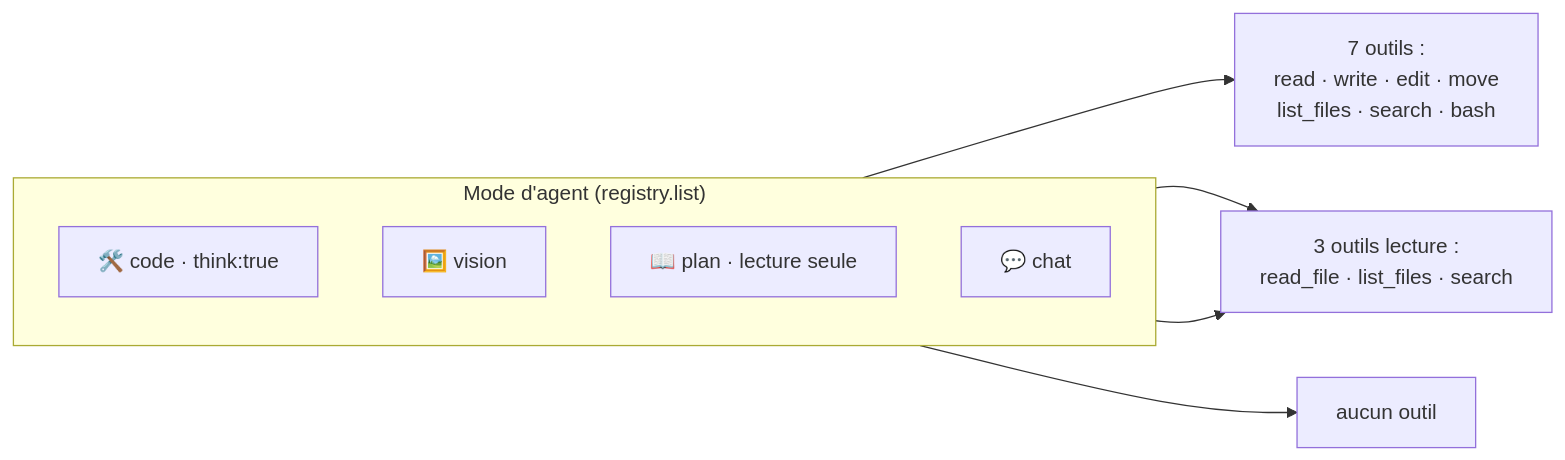
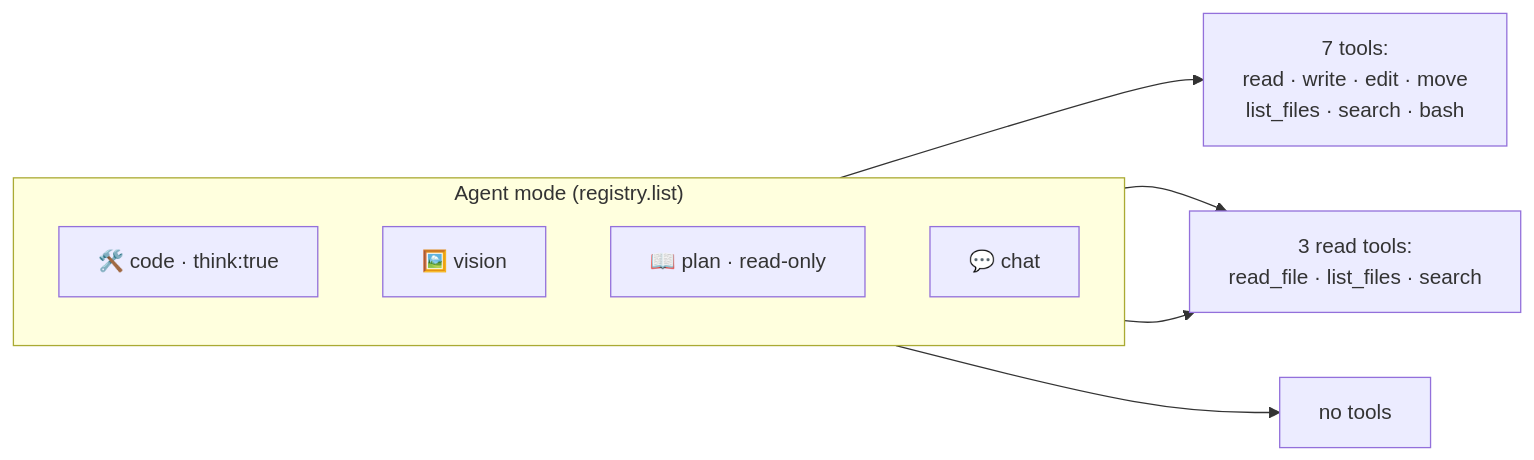
The eighth of 10 diagrams in DOCUMENTATION.md (Tromset/Ollama-Code), drawn with Mermaid before and after one commit. The commit also changed other lines of this file and 19 other files, not shown here.

````diff
--- a/DOCUMENTATION.md
+++ b/DOCUMENTATION.md
@@ -440,19 +440,19 @@
 ```mermaid
 flowchart LR
-    subgraph M["Mode d'agent (registry.list)"]
+    subgraph M["Agent mode (registry.list)"]
         direction TB
         Code["🛠️ code · think:true"]
         Vision["🖼️ vision"]
-        Plan["📖 plan · lecture seule"]
+        Plan["📖 plan · read-only"]
         Chat["💬 chat"]
     end
 
-    T7["7 outils :<br/>read · write · edit · move<br/>list_files · search · bash"]
-    RO["3 outils lecture :<br/>read_file · list_files · search"]
-    NONE["aucun outil"]
+    T7["7 tools:<br/>read · write · edit · move<br/>list_files · search · bash"]
+    RO["3 read tools:<br/>read_file · list_files · search"]
+    NONE["no tools"]
 
     Code --> T7
     Vision --> RO
     Plan --> RO
     Chat --> NONE
 ```
````
